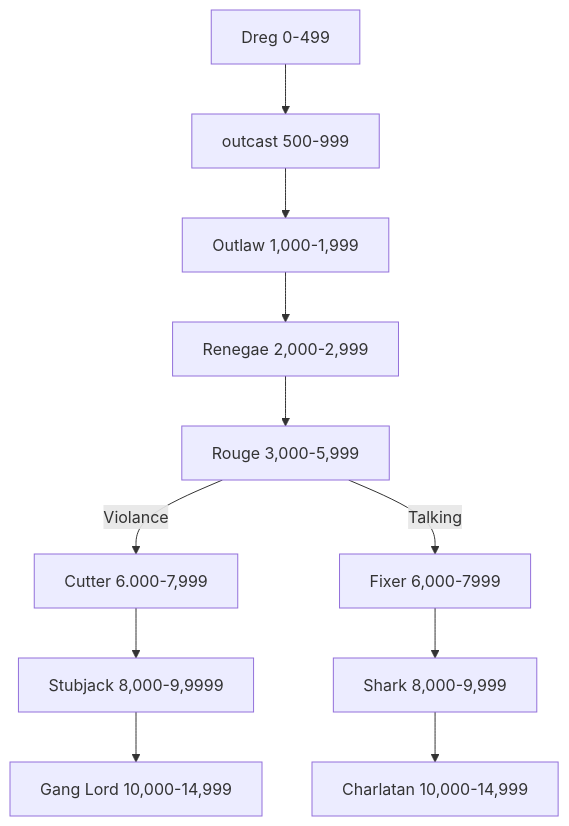
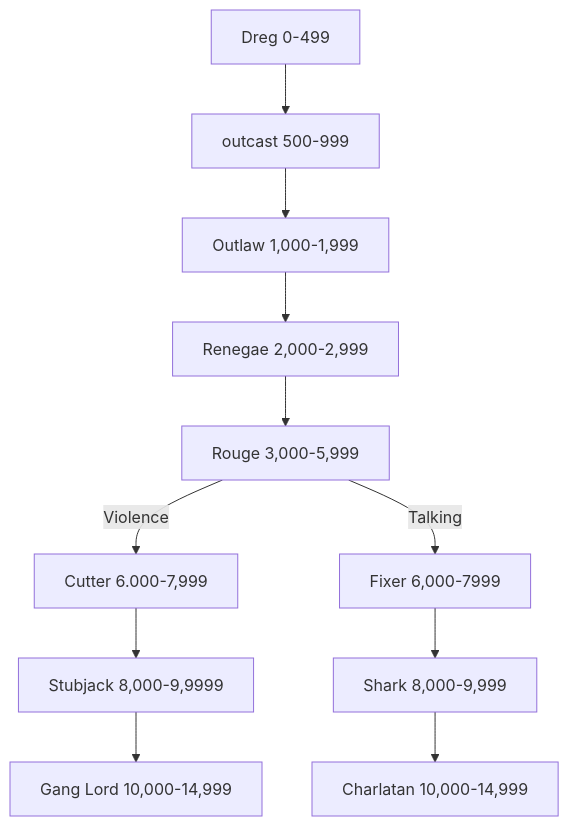
Before and after one commit to zyzyx159/Rule-books: the diagram in Careers/Scum.md, drawn with Mermaid. The commit also changed other lines of this file, not shown here.

````diff
--- a/Careers/Scum.md
+++ b/Careers/Scum.md
@@ -20,13 +20,13 @@
 ```mermaid
 graph TD
 A[Dreg 0-499] --> B[outcast 500-999];
 B --> C[Outlaw 1,000-1,999];
 C --> D[Renegae 2,000-2,999];
 D --> E[Rouge 3,000-5,999]
-E -- Violance --> F[Cutter 6.000-7,999]
+E -- Violence --> F[Cutter 6.000-7,999]
 F --> G[Stubjack 8,000-9,9999]
 G --> H[Gang Lord 10,000-14,999]
 E -- Talking --> I[Fixer 6,000-7999]
 I --> J[Shark 8,000-9,999]
 J --> K[Charlatan 10,000-14,999]
 ```
````
